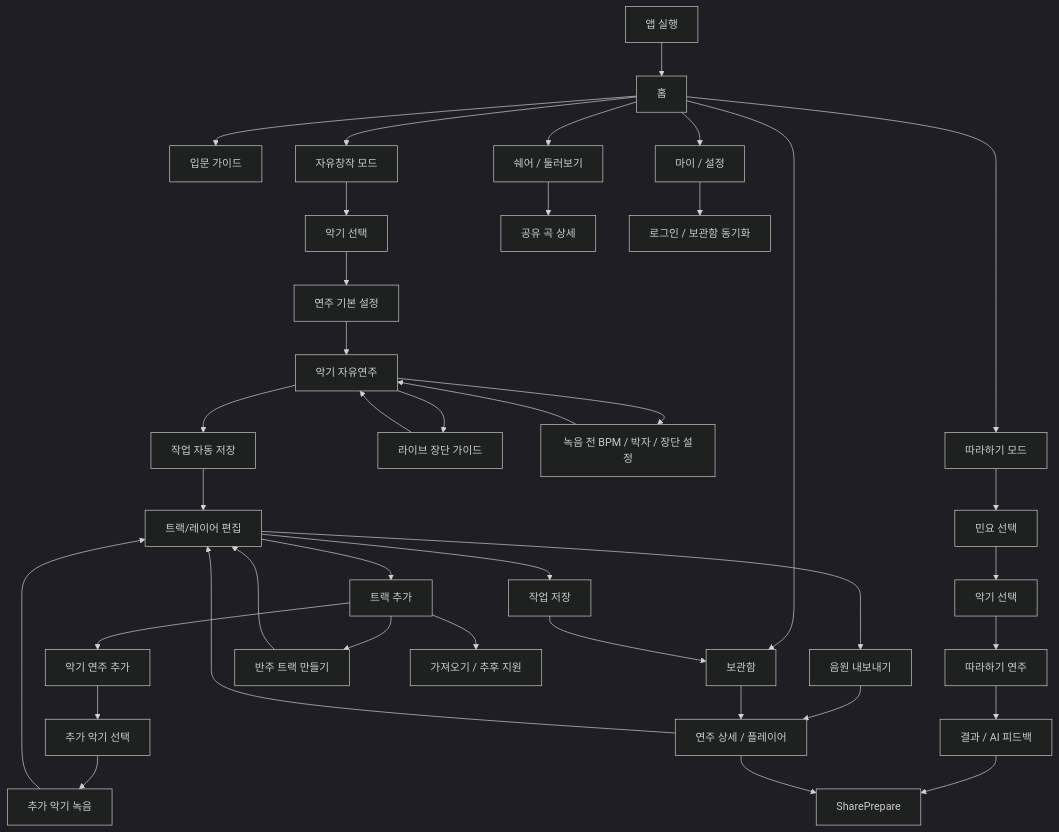
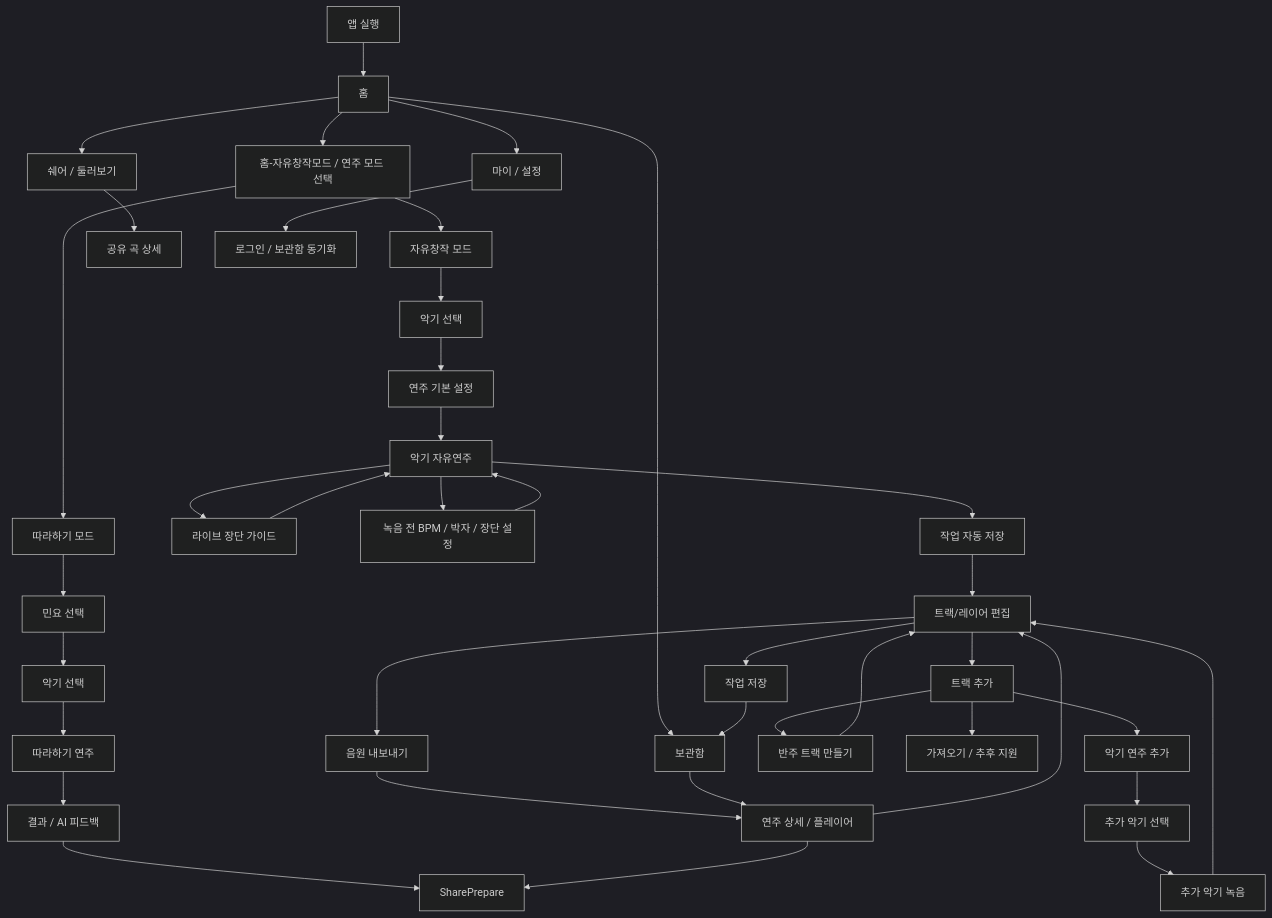
One commit to logan0741/GARAK-AI-Gugak-Studio changed the diagram in front/docs/product/screen-flow/current-screen-flow.md. Above: the diagram before and after it, drawn with Mermaid (dark theme). The commit also changed other lines of this file and 9 other files, not shown here.

Commit message:
fix: align home mode guide flow with Figma MCP

````diff
--- a/front/docs/product/screen-flow/current-screen-flow.md
+++ b/front/docs/product/screen-flow/current-screen-flow.md
@@ -121,48 +122,48 @@
 ```mermaid
 flowchart TD
     App["앱 실행"] --> Home["홈"]
 
-    Home --> Guide["입문 가이드"]
-    Home --> FreeMode["자유창작 모드"]
-    Home --> PracticeEntry["따라하기 모드"]
+    Home --> ModeGuide["홈-자유창작모드 / 연주 모드 선택"]
     Home --> Library["보관함"]
     Home --> ShareFeed["쉐어 / 둘러보기"]
     Home --> Settings["마이 / 설정"]
 
+    ModeGuide --> FreeMode["자유창작 모드"]
+    ModeGuide --> PracticeEntry["따라하기 모드"]
     FreeMode --> InstrumentSettings["악기 선택"]
     InstrumentSettings --> PlayDefaults["연주 기본 설정"]
     PlayDefaults --> FreePlay["악기 자유연주"]
     FreePlay --> LiveJangdanGuide["라이브 장단 가이드"]
     LiveJangdanGuide --> FreePlay
 
     FreePlay --> RecordSetup["녹음 전 BPM / 박자 / 장단 설정"]
     RecordSetup --> FreePlay
     FreePlay --> AutoSaveWork["작업 자동 저장"]
     AutoSaveWork --> LayerEdit["트랙/레이어 편집"]
     LayerEdit --> SaveWork["작업 저장"]
     LayerEdit --> ExportAudio["음원 내보내기"]
     SaveWork --> Library
     ExportAudio --> RecordingDetail
 
     LayerEdit --> AddTrack["트랙 추가"]
     AddTrack --> AddInstrumentType["악기 연주 추가"]
     AddTrack --> AccompanimentTrack["반주 트랙 만들기"]
     AddTrack --> ImportLocked["가져오기 / 추후 지원"]
     AddInstrumentType --> AddInstrumentSelect["추가 악기 선택"]
     AddInstrumentSelect --> ExtraInstrumentRecord["추가 악기 녹음"]
     ExtraInstrumentRecord --> LayerEdit
     AccompanimentTrack --> LayerEdit
 
     PracticeEntry --> SongSelect["민요 선택"]
     SongSelect --> PracticeInstrument["악기 선택"]
     PracticeInstrument --> PracticePlay["따라하기 연주"]
     PracticePlay --> PracticeResult["결과 / AI 피드백"]
     PracticeResult --> SharePrepare
 
     Library --> RecordingDetail["연주 상세 / 플레이어"]
     RecordingDetail --> LayerEdit
     RecordingDetail --> SharePrepare
 
     ShareFeed --> SharedDetail["공유 곡 상세"]
     Settings --> LoginSync["로그인 / 보관함 동기화"]
 ```
````
